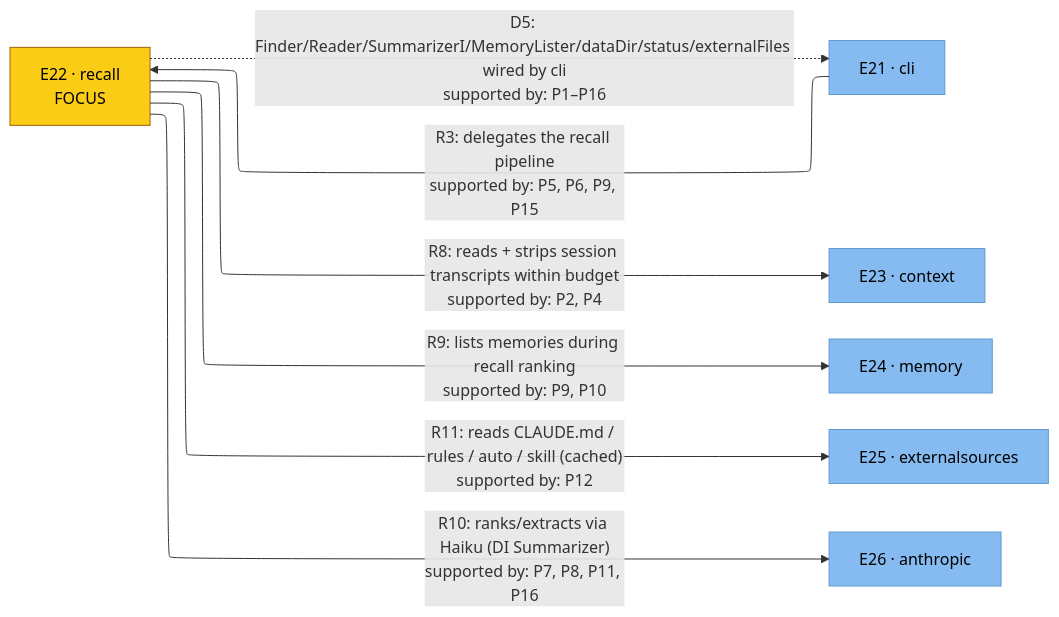
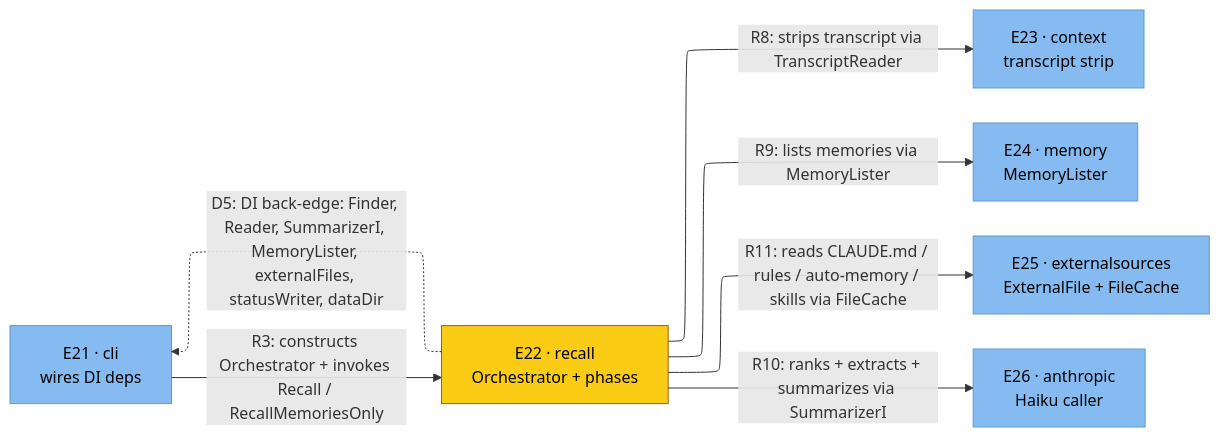
The diagram in architecture/c4/svg/c4-recall.mmd (toejough/engram), drawn with Mermaid before and after one commit. The commit also changed 78 other files, not shown here.

```diff
--- a/architecture/c4/svg/c4-recall.mmd
+++ b/architecture/c4/svg/c4-recall.mmd
@@ -1,24 +1,24 @@
 %%{init: {'flowchart': {'defaultRenderer': 'elk'}}}%%
 flowchart LR
     classDef person      fill:#08427b,stroke:#052e56,color:#fff
     classDef external    fill:#999,   stroke:#666,   color:#fff
     classDef container   fill:#1168bd,stroke:#0b4884,color:#fff
     classDef component   fill:#85bbf0,stroke:#5d9bd1,color:#000
     classDef focus       fill:#facc15,stroke:#a16207,color:#000
 
-    e21[E21 · cli]
-    e22[E22 · recall<br/>FOCUS]
-    e23[E23 · context]
-    e24[E24 · memory]
-    e25[E25 · externalsources]
-    e26[E26 · anthropic]
+    e22["E22 · recall<br/>Orchestrator + phases"]
+    e21["E21 · cli<br/>wires DI deps"]
+    e23["E23 · context<br/>transcript strip"]
+    e24["E24 · memory<br/>MemoryLister"]
+    e25["E25 · externalsources<br/>ExternalFile + FileCache"]
+    e26["E26 · anthropic<br/>Haiku caller"]
 
-    e21 -->|"R3: delegates the recall pipeline<br/>supported by: P5, P6, P9, P15"| e22
-    e22 -->|"R8: reads + strips session transcripts within budget<br/>supported by: P2, P4"| e23
-    e22 -->|"R9: lists memories during recall ranking<br/>supported by: P9, P10"| e24
-    e22 -->|"R10: ranks/extracts via Haiku (DI Summarizer)<br/>supported by: P7, P8, P11, P16"| e26
-    e22 -->|"R11: reads CLAUDE.md / rules / auto / skill (cached)<br/>supported by: P12"| e25
-    e22 -.->|"D5: Finder/Reader/SummarizerI/MemoryLister/dataDir/status/externalFiles wired by cli<br/>supported by: P1–P16"| e21
+    e21 -->|"R3: constructs Orchestrator + invokes Recall / RecallMemoriesOnly"| e22
+    e22 -->|"R8: strips transcript via TranscriptReader"| e23
+    e22 -->|"R9: lists memories via MemoryLister"| e24
+    e22 -->|"R10: ranks + extracts + summarizes via SummarizerI"| e26
+    e22 -->|"R11: reads CLAUDE.md / rules / auto-memory / skills via FileCache"| e25
+    e22 -.->|"D5: DI back-edge: Finder, Reader, SummarizerI, MemoryLister, externalFiles, statusWriter, dataDir"| e21
 
+    class e21,e23,e24,e25,e26 component
     class e22 focus
-    class e21,e23,e24,e25,e26 component
```
